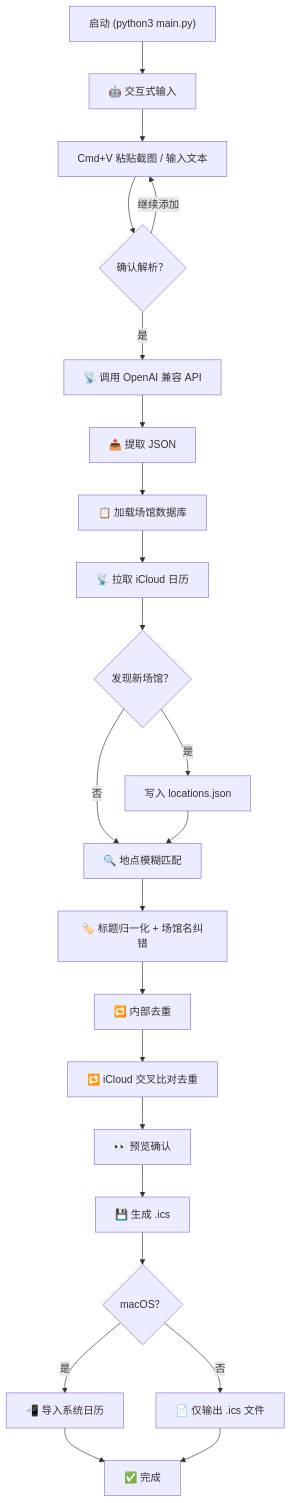
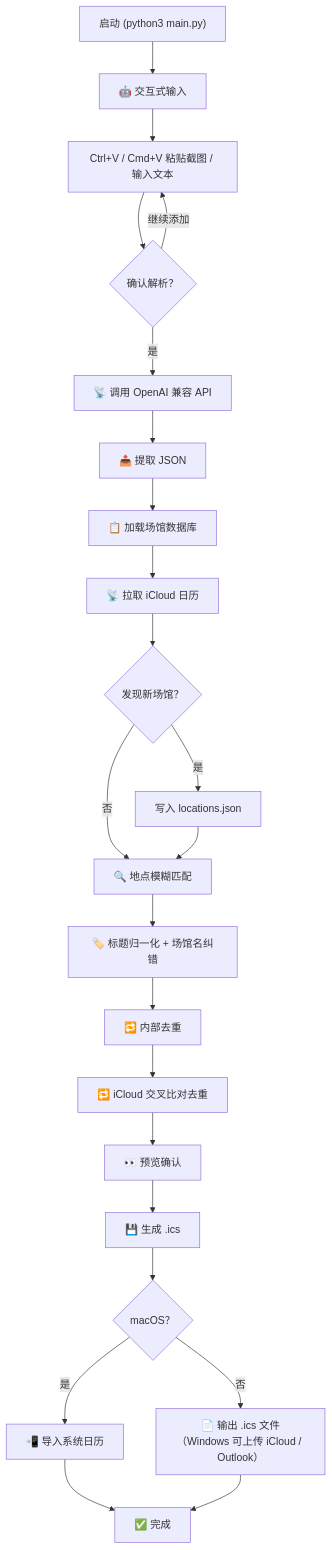
Before and after one commit to CooperZhuang/Calendar-event-generation: the diagram in README.md, drawn with Mermaid. The commit also changed other lines of this file and 2 other files, not shown here.

First line of the commit message:
feat: 支持 Windows 平台（msvcrt 终端输入 + PowerShell 剪贴板）

````diff
--- a/README.md
+++ b/README.md
@@ -45,25 +58,25 @@
 ```mermaid
 flowchart TD
     A["启动 (python3 main.py)"] --> A1["🤖 交互式输入"]
-    A1 --> A2["Cmd+V 粘贴截图 / 输入文本"]
+    A1 --> A2["Ctrl+V / Cmd+V 粘贴截图 / 输入文本"]
     A2 --> A3{"确认解析？"}
     A3 -->|继续添加| A2
     A3 -->|是| A4["📡 调用 OpenAI 兼容 API"]
     A4 --> A5["📤 提取 JSON"]
     A5 --> B["📋 加载场馆数据库"]
     B --> C["📡 拉取 iCloud 日历"]
     C --> D{"发现新场馆？"}
     D -->|是| E["写入 locations.json"]
     D -->|否| F["🔍 地点模糊匹配"]
     E --> F
     F --> G["🏷️ 标题归一化 + 场馆名纠错"]
     G --> H["🔁 内部去重"]
     H --> I["🔁 iCloud 交叉比对去重"]
     I --> J["👀 预览确认"]
     J --> K["💾 生成 .ics"]
     K --> L{"macOS？"}
     L -->|是| M["📲 导入系统日历"]
-    L -->|否| N["📄 仅输出 .ics 文件"]
+    L -->|否| N["📄 输出 .ics 文件（Windows 可上传 iCloud / Outlook）"]
     M --> Z["✅ 完成"]
     N --> Z
 ```
````
